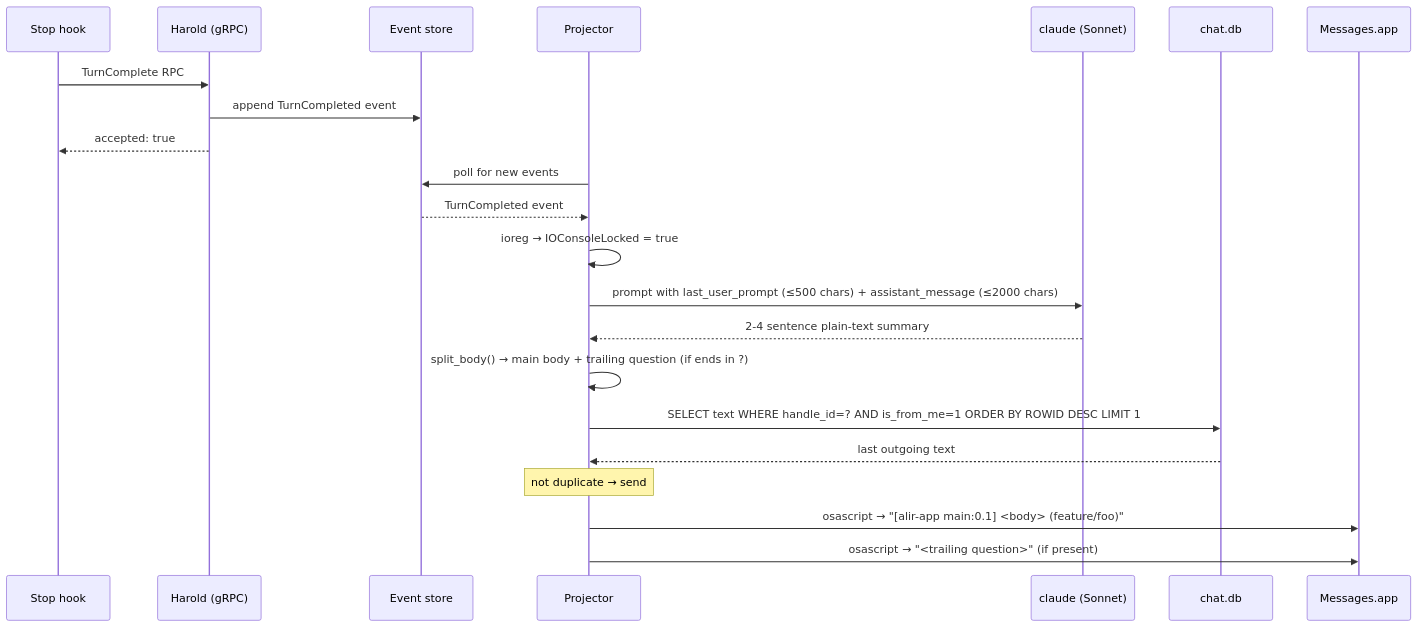
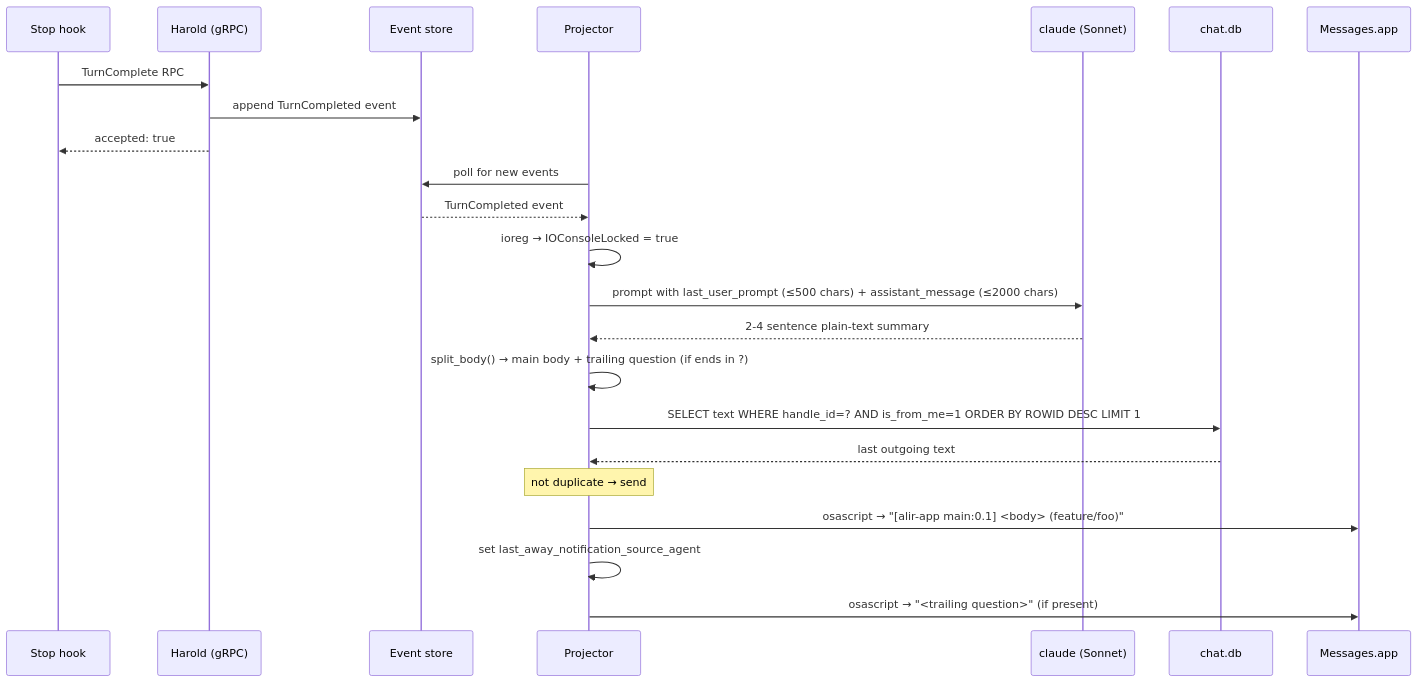
The second of 2 diagrams in docs/references/notification/README.md (kahgeh/harold), drawn with Mermaid before and after one commit. The commit also changed other lines of this file and 13 other files, not shown here.

````diff
--- a/docs/references/notification/README.md
+++ b/docs/references/notification/README.md
@@ -103,26 +103,27 @@
 ```mermaid
 sequenceDiagram
     participant Hook as Stop hook
     participant gRPC as Harold (gRPC)
     participant Store as Event store
     participant Projector
     participant AiCli as claude (Sonnet)
     participant ChatDb as chat.db
     participant Messages as Messages.app
 
     Hook->>gRPC: TurnComplete RPC
     gRPC->>Store: append TurnCompleted event
     gRPC-->>Hook: accepted: true
 
     Projector->>Store: poll for new events
     Store-->>Projector: TurnCompleted event
     Projector->>Projector: ioreg → IOConsoleLocked = true
     Projector->>AiCli: prompt with last_user_prompt (≤500 chars) + assistant_message (≤2000 chars)
     AiCli-->>Projector: 2-4 sentence plain-text summary
     Projector->>Projector: split_body() → main body + trailing question (if ends in ?)
     Projector->>ChatDb: SELECT text WHERE handle_id=? AND is_from_me=1 ORDER BY ROWID DESC LIMIT 1
     ChatDb-->>Projector: last outgoing text
     note over Projector: not duplicate → send
     Projector->>Messages: osascript → "[alir-app main:0.1] <body> (feature/foo)"
+    Projector->>Projector: set last_away_notification_source_agent
     Projector->>Messages: osascript → "<trailing question>" (if present)
 ```
````
